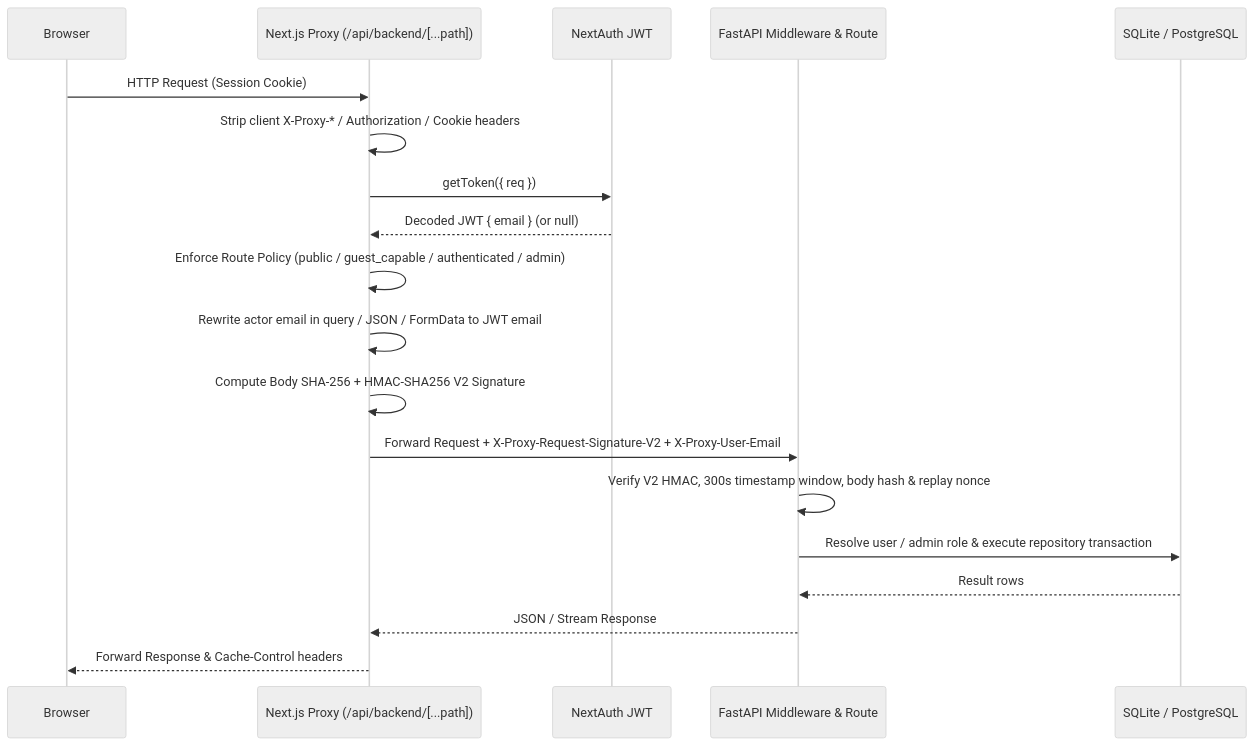
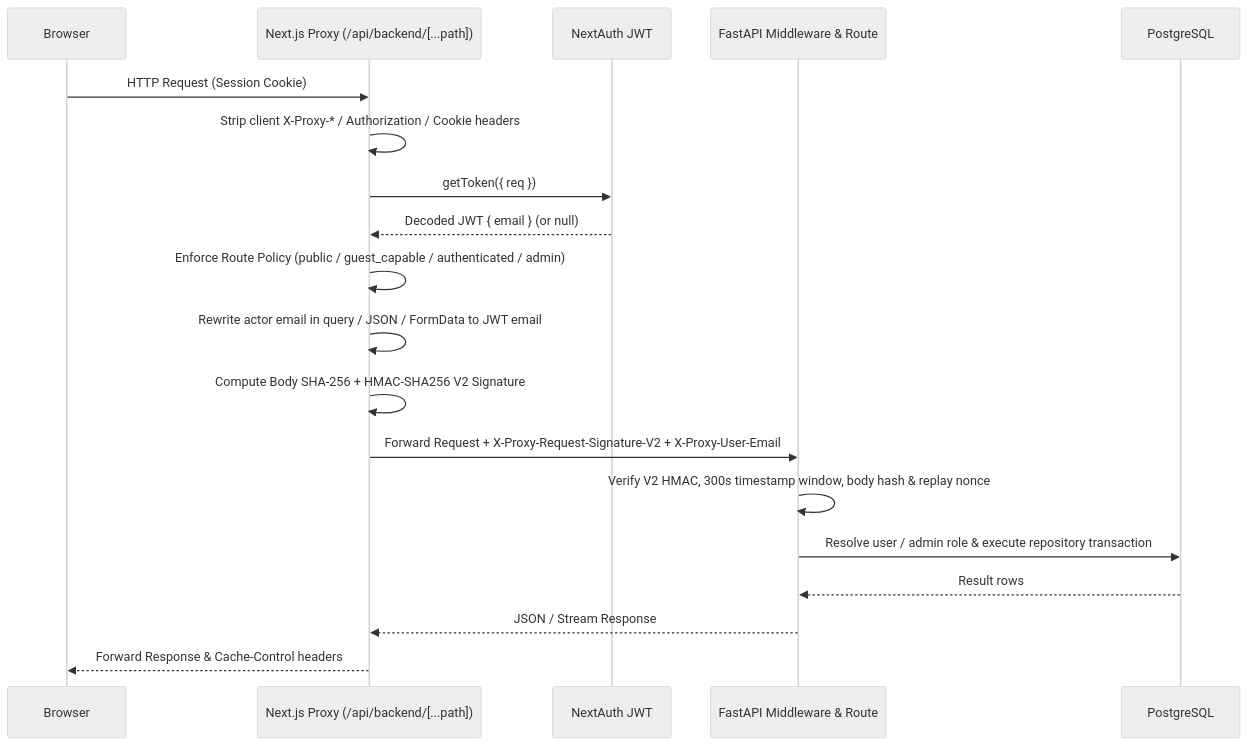
One commit to ernurreen-rgb/mathbott changed the first of 3 diagrams in docs/architecture/data-flow.md. Above: the diagram before and after it, drawn with Mermaid (neutral theme). The commit also changed 89 other files, not shown here.

First line of the commit message:
refactor(db): run the backend on PostgreSQL only

````diff
--- a/docs/architecture/data-flow.md
+++ b/docs/architecture/data-flow.md
@@ -11,22 +11,22 @@
 ```mermaid
 sequenceDiagram
     participant Browser
     participant NextProxy as Next.js Proxy (/api/backend/[...path])
     participant NextAuth as NextAuth JWT
     participant FastAPI as FastAPI Middleware & Route
-    participant DB as SQLite / PostgreSQL
+    participant DB as PostgreSQL
 
     Browser->>NextProxy: HTTP Request (Session Cookie)
     NextProxy->>NextProxy: Strip client X-Proxy-* / Authorization / Cookie headers
     NextProxy->>NextAuth: getToken({ req })
     NextAuth-->>NextProxy: Decoded JWT { email } (or null)
     NextProxy->>NextProxy: Enforce Route Policy (public / guest_capable / authenticated / admin)
     NextProxy->>NextProxy: Rewrite actor email in query / JSON / FormData to JWT email
     NextProxy->>NextProxy: Compute Body SHA-256 + HMAC-SHA256 V2 Signature
     NextProxy->>FastAPI: Forward Request + X-Proxy-Request-Signature-V2 + X-Proxy-User-Email
     FastAPI->>FastAPI: Verify V2 HMAC, 300s timestamp window, body hash & replay nonce
     FastAPI->>DB: Resolve user / admin role & execute repository transaction
     DB-->>FastAPI: Result rows
     FastAPI-->>NextProxy: JSON / Stream Response
     NextProxy-->>Browser: Forward Response & Cache-Control headers
 ```
````
